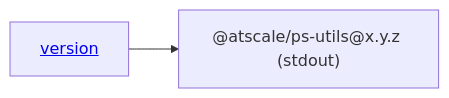
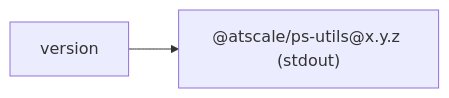
One commit to AtScaleInc/ps-utils changed the seventh of 8 diagrams in README.md. Above: the diagram before and after it, drawn with Mermaid. The commit also changed other lines of this file and 1 other file, not shown here.

Commit message:
fix: remove HTML links from mermaid diagrams in README and ACTIONS documentation

````diff
--- a/README.md
+++ b/README.md
@@ -100,4 +100,4 @@
 ```mermaid
 flowchart LR
-    A["<a href='#version'>version</a>"] --> VER["@atscale/ps-utils@x.y.z (stdout)"]
+    A["version"] --> VER["@atscale/ps-utils@x.y.z (stdout)"]
 ```
````
